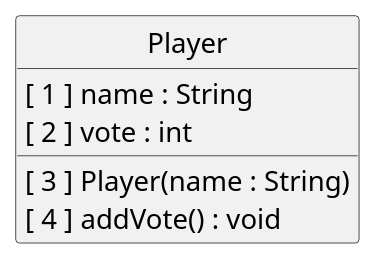
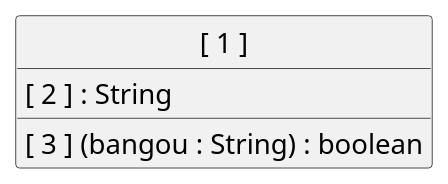
Before and after one commit to shun-nagata/contents: the diagram in JavaProg/src/main/java/javaprog/class_design/lv4/Lv4Q01.puml, drawn with PlantUML. The commit also changed 17 other files, not shown here.

```diff
--- a/JavaProg/src/main/java/javaprog/class_design/lv4/Lv4Q01.puml
+++ b/JavaProg/src/main/java/javaprog/class_design/lv4/Lv4Q01.puml
@@ -1,19 +1,16 @@
 @startuml
 skinparam classAttributeIconSize 0
 skinparam monochrome true
 skinparam classFontSize 18
 skinparam classFontName Menlo
 skinparam classAttributeFontSize 18
 skinparam classAttributeFontName Menlo
 skinparam shadowing false
 
 hide circle
 
-class Player {
-[ 1 ] name : String
-[ 2 ] vote : int
-[ 3 ] Player(name : String)
-[ 4 ] addVote() : void
+class " [ 1 ] " {
+[ 2 ] : String
+[ 3 ] (bangou : String) : boolean
 }
-
 @enduml
```
